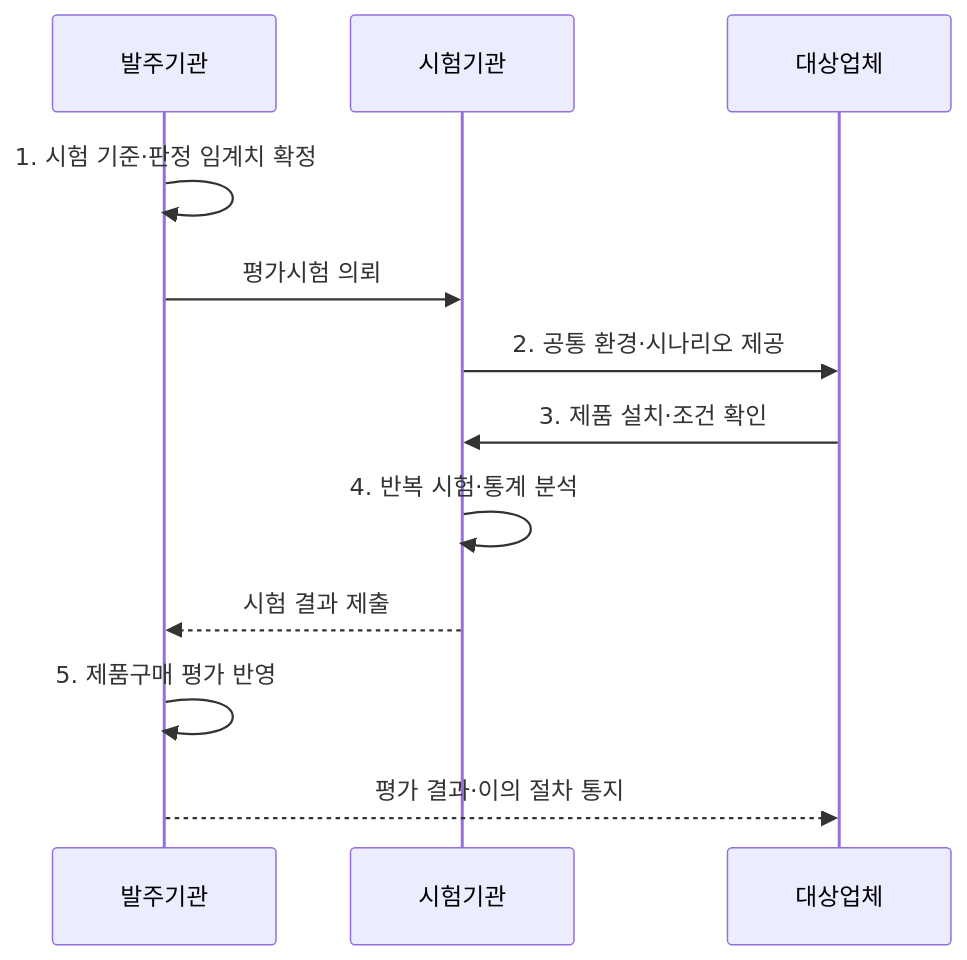
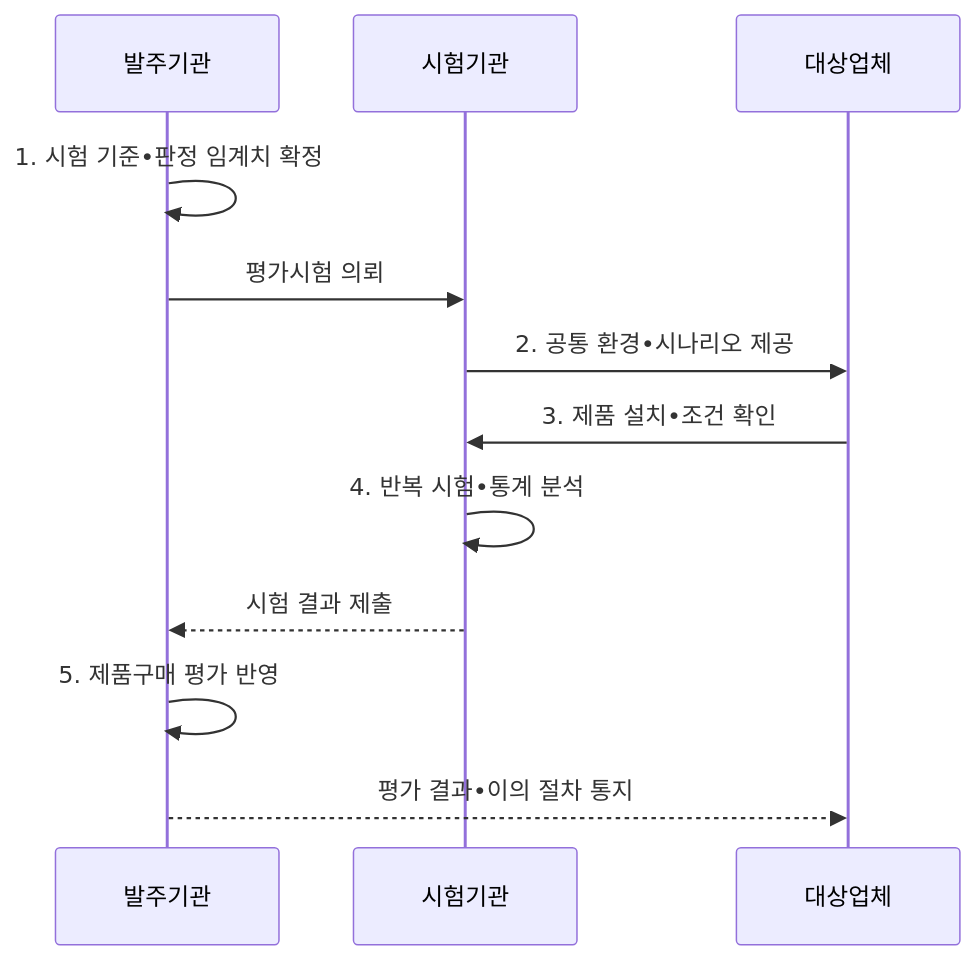
The second of 2 diagrams in src/content/docs/notes/07-law-policy/020_bmt_benchmark_test.md (agnusdei1207/knowledge-base), drawn with Mermaid before and after one commit. The commit also changed other lines of this file and 953 other files, not shown here.

````diff
--- a/src/content/docs/notes/07-law-policy/020_bmt_benchmark_test.md
+++ b/src/content/docs/notes/07-law-policy/020_bmt_benchmark_test.md
@@ -108,14 +108,14 @@
 ```mermaid
 sequenceDiagram
     participant 발주기관
     participant 시험기관
     participant 대상업체
-    발주기관->>발주기관: 1. 시험 기준·판정 임계치 확정
+    발주기관->>발주기관: 1. 시험 기준•판정 임계치 확정
     발주기관->>시험기관: 평가시험 의뢰
-    시험기관->>대상업체: 2. 공통 환경·시나리오 제공
-    대상업체->>시험기관: 3. 제품 설치·조건 확인
-    시험기관->>시험기관: 4. 반복 시험·통계 분석
+    시험기관->>대상업체: 2. 공통 환경•시나리오 제공
+    대상업체->>시험기관: 3. 제품 설치•조건 확인
+    시험기관->>시험기관: 4. 반복 시험•통계 분석
     시험기관-->>발주기관: 시험 결과 제출
     발주기관->>발주기관: 5. 제품구매 평가 반영
-    발주기관-->>대상업체: 평가 결과·이의 절차 통지
+    발주기관-->>대상업체: 평가 결과•이의 절차 통지
 ```
````
